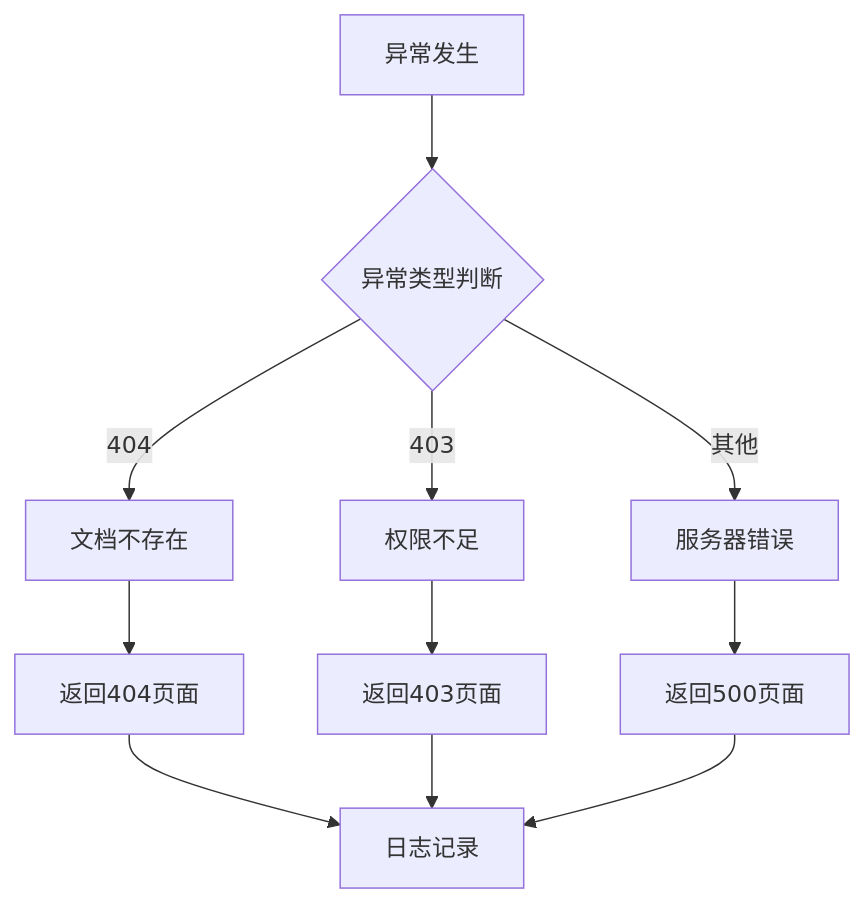
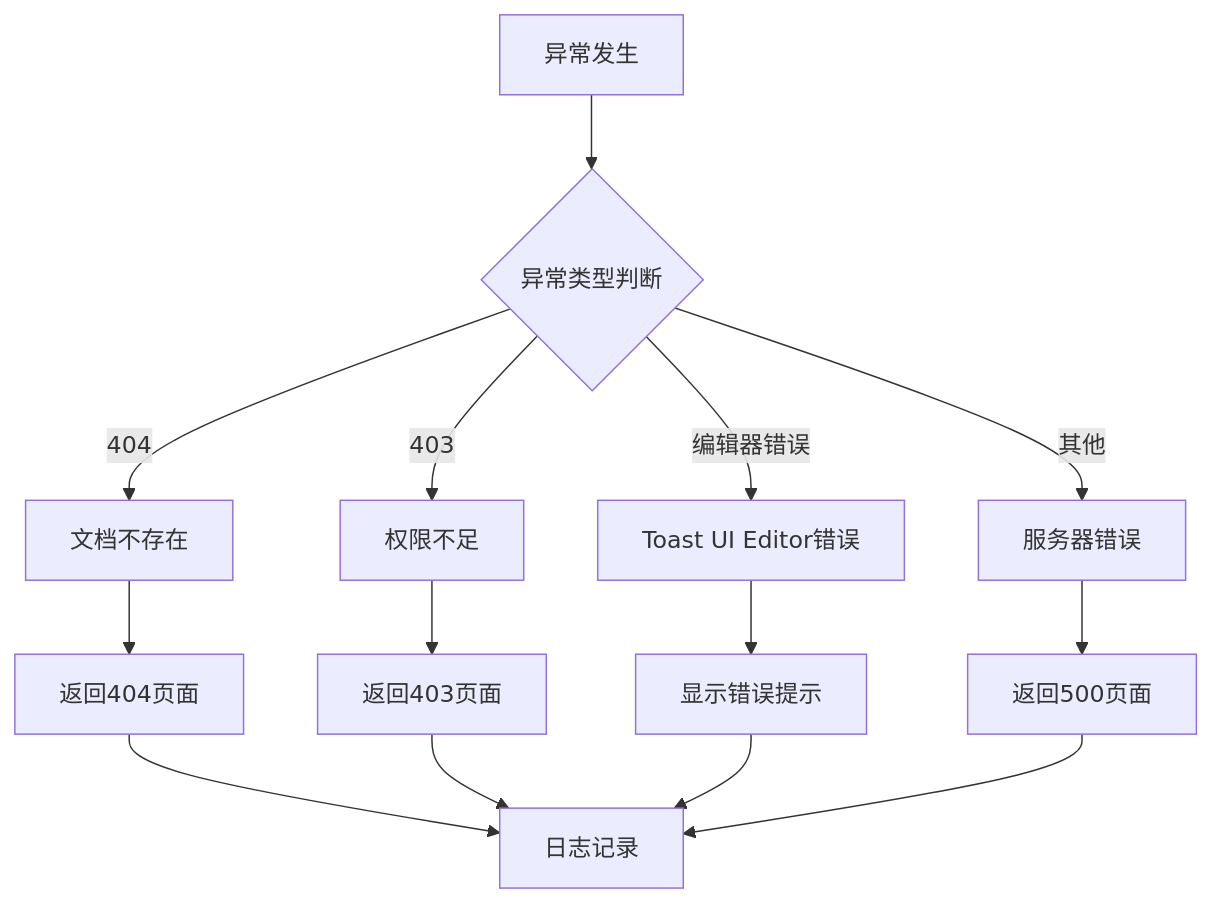
Before and after one commit to beyondalbert/my_wiki: diagram 16 of 16 in .qoder/repowiki/zh/content/架构设计/蓝图系统设计/文档蓝图 (Document Blueprint).md, drawn with Mermaid. The commit also changed other lines of this file and 9 other files, not shown here.

````diff
--- a/.qoder/repowiki/zh/content/架构设计/蓝图系统设计/文档蓝图 (Document Blueprint).md
+++ b/.qoder/repowiki/zh/content/架构设计/蓝图系统设计/文档蓝图 (Document Blueprint).md
@@ -633,13 +660,16 @@
 ```mermaid
 flowchart TD
 A[异常发生] --> B{异常类型判断}
 B --> |404| C[文档不存在]
 B --> |403| D[权限不足]
-B --> |其他| E[服务器错误]
-C --> F[返回404页面]
-D --> G[返回403页面]
-E --> H[返回500页面]
-F --> I[日志记录]
-G --> I
-H --> I
+B --> |编辑器错误| E[Toast UI Editor错误]
+B --> |其他| F[服务器错误]
+C --> G[返回404页面]
+D --> H[返回403页面]
+E --> I[显示错误提示]
+F --> J[返回500页面]
+G --> K[日志记录]
+H --> K
+I --> K
+J --> K
 ```
````
